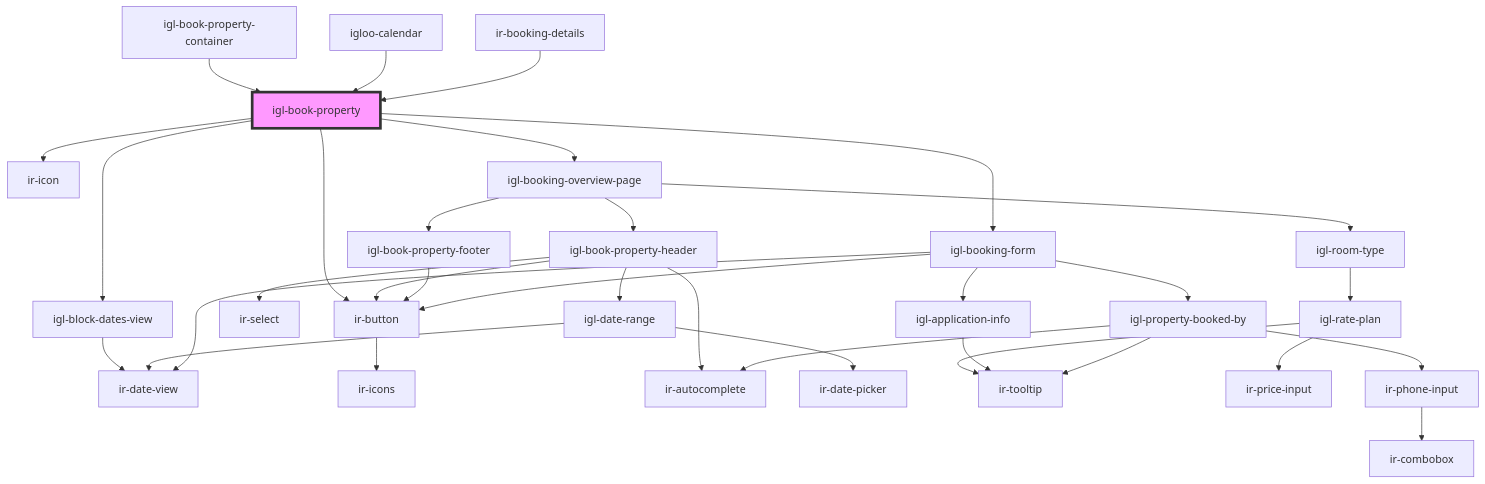
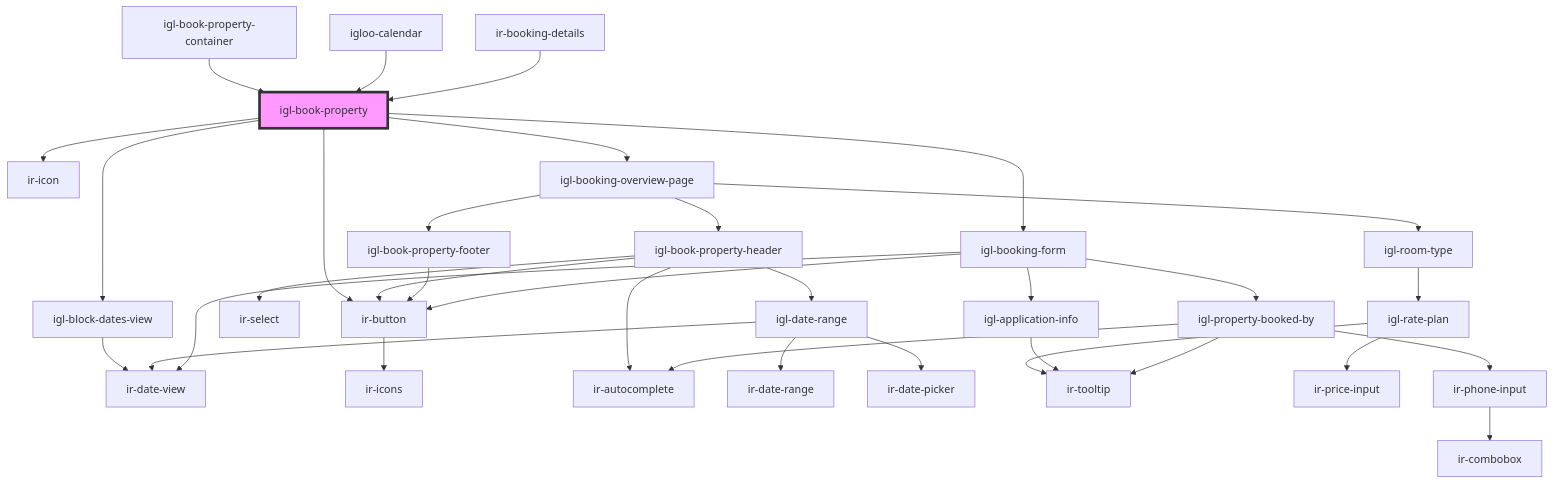
The diagram in src/components/igloo-calendar/igl-book-property/readme.md (RonyRizk/ir-webcmp), drawn with Mermaid before and after one commit. The commit also changed other lines of this file and 180 other files, not shown here.

````diff
--- a/src/components/igloo-calendar/igl-book-property/readme.md
+++ b/src/components/igloo-calendar/igl-book-property/readme.md
@@ -51,36 +51,37 @@
 ```mermaid
 graph TD;
   igl-book-property --> igl-block-dates-view
   igl-book-property --> ir-button
   igl-book-property --> ir-icon
   igl-book-property --> igl-booking-overview-page
   igl-book-property --> igl-booking-form
   igl-block-dates-view --> ir-date-view
   ir-button --> ir-icons
   igl-booking-overview-page --> igl-book-property-header
   igl-booking-overview-page --> igl-room-type
   igl-booking-overview-page --> igl-book-property-footer
   igl-book-property-header --> ir-autocomplete
   igl-book-property-header --> ir-select
   igl-book-property-header --> ir-button
   igl-book-property-header --> igl-date-range
+  igl-date-range --> ir-date-range
   igl-date-range --> ir-date-picker
   igl-date-range --> ir-date-view
   igl-room-type --> igl-rate-plan
   igl-rate-plan --> ir-tooltip
   igl-rate-plan --> ir-price-input
   igl-book-property-footer --> ir-button
   igl-booking-form --> ir-date-view
   igl-booking-form --> igl-application-info
   igl-booking-form --> igl-property-booked-by
   igl-booking-form --> ir-button
   igl-application-info --> ir-tooltip
   igl-property-booked-by --> ir-autocomplete
   igl-property-booked-by --> ir-tooltip
   igl-property-booked-by --> ir-phone-input
   ir-phone-input --> ir-combobox
   igl-book-property-container --> igl-book-property
   igloo-calendar --> igl-book-property
   ir-booking-details --> igl-book-property
   style igl-book-property fill:#f9f,stroke:#333,stroke-width:4px
 ```
````
